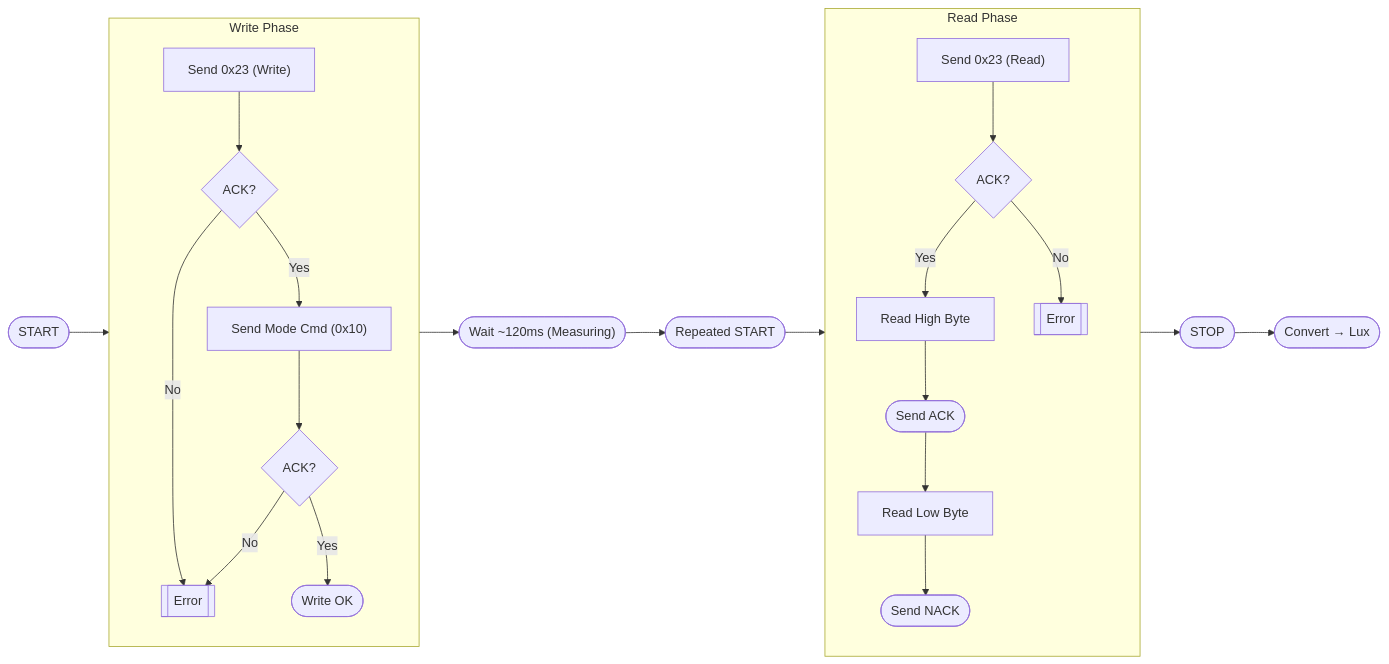
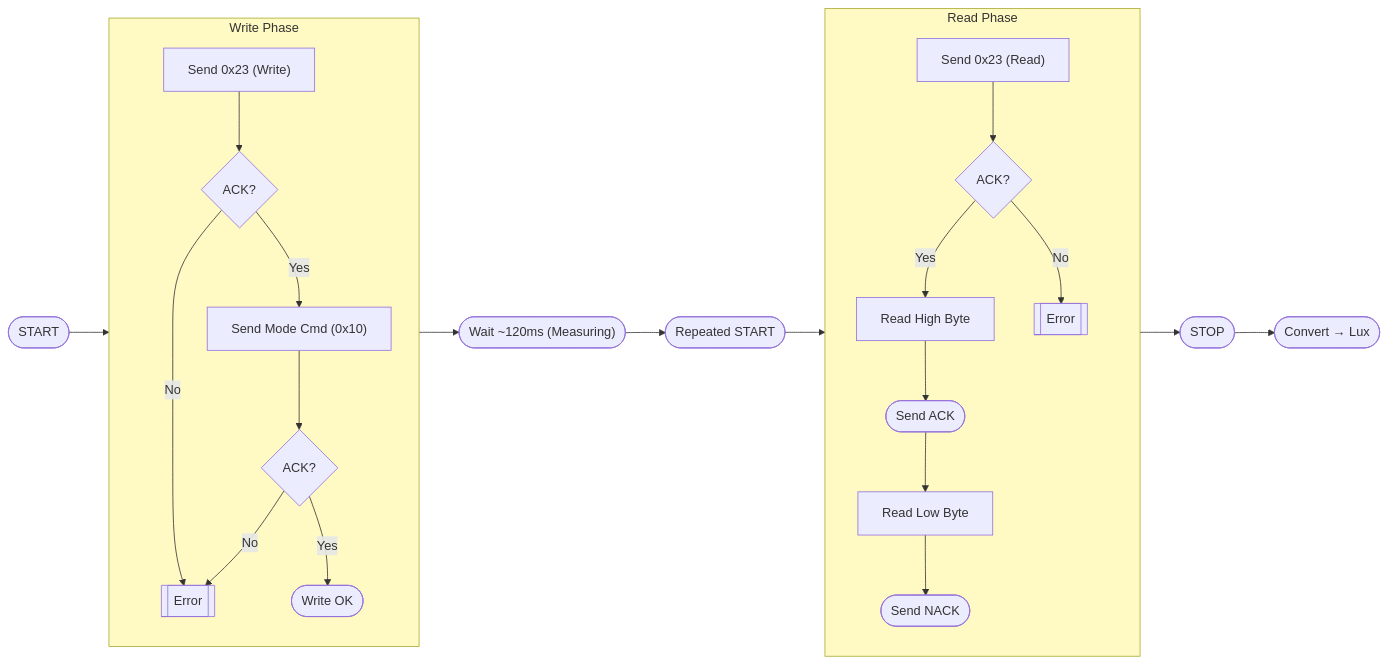
Before and after one commit to nhoangkiet35/Smart-RGB-Ambient-Lighting-System: the third of 5 diagrams in README.md, drawn with Mermaid. The commit also changed other lines of this file, not shown here.

````diff
--- a/README.md
+++ b/README.md
@@ -241,37 +224,43 @@
 ```mermaid
 flowchart LR
+ subgraph WRITE_FLOW["Write Phase"]
+    direction TB
+        ACK1{"ACK?"}
+        AW["Send 0x23 (Write)"]
+        CMD["Send Mode Cmd (0x10)"]
+        ERR1[["Error"]]
+        ACK2{"ACK?"}
+        DONE_W(["Write OK"])
+  end
+ subgraph READ_FLOW["Read Phase"]
+    direction TB
+        ACK3{"ACK?"}
+        AR["Send 0x23 (Read)"]
+        HB["Read High Byte"]
+        ERR3[["Error"]]
+        ACK_H(["Send ACK"])
+        LB["Read Low Byte"]
+        NACK_L(["Send NACK"])
+  end
+    START(["START"]) --> AW
+    AW --> ACK1
+    ACK1 -- Yes --> CMD
+    ACK1 -- No --> ERR1
+    CMD --> ACK2
+    ACK2 -- Yes --> DONE_W
+    ACK2 -- No --> ERR1
+    DONE_W --> WAIT(["Wait ~120ms (Measuring)"])
+    WAIT --> RS(["Repeated START"])
+    AR --> ACK3
+    ACK3 -- Yes --> HB
+    ACK3 -- No --> ERR3
+    HB --> ACK_H
+    ACK_H --> LB
+    LB --> NACK_L
+    RS --> READ_FLOW
+    READ_FLOW --> STOP(["STOP"])
+    STOP --> CALC(["Convert → Lux"])
 
-    START([START]) --> WRITE_FLOW
-
-    %% --- WRITE PHASE ---
-    subgraph WRITE_FLOW [Write Phase]
-        direction TB
-        AW["Send 0x23 (Write)"] --> ACK1{ACK?}
-        ACK1 -->|Yes| CMD["Send Mode Cmd (0x10)"]
-        ACK1 -->|No| ERR1[[Error]]
-
-        CMD --> ACK2{ACK?}
-        ACK2 -->|Yes| DONE_W([Write OK])
-        ACK2 -->|No| ERR1[[Error]]
-    end
-
-    DONE_W --> WAIT(["Wait ~120ms (Measuring)"])
-    WAIT --> RS([Repeated START])
-
-    %% --- READ PHASE ---
-    subgraph READ_FLOW [Read Phase]
-        direction TB
-        AR["Send 0x23 (Read)"] --> ACK3{ACK?}
-        ACK3 -->|Yes| HB["Read High Byte"]
-        ACK3 -->|No| ERR3[[Error]]
-
-        HB --> ACK_H([Send ACK])
-        ACK_H --> LB["Read Low Byte"]
-
-        LB --> NACK_L([Send NACK])
-    end
-
-    RS --> READ_FLOW --> STOP([STOP])
-    STOP --> CALC([Convert → Lux])
-
+    style WRITE_FLOW fill:#FFF9C4
+    style READ_FLOW fill:#FFF9C4
 ```
````
